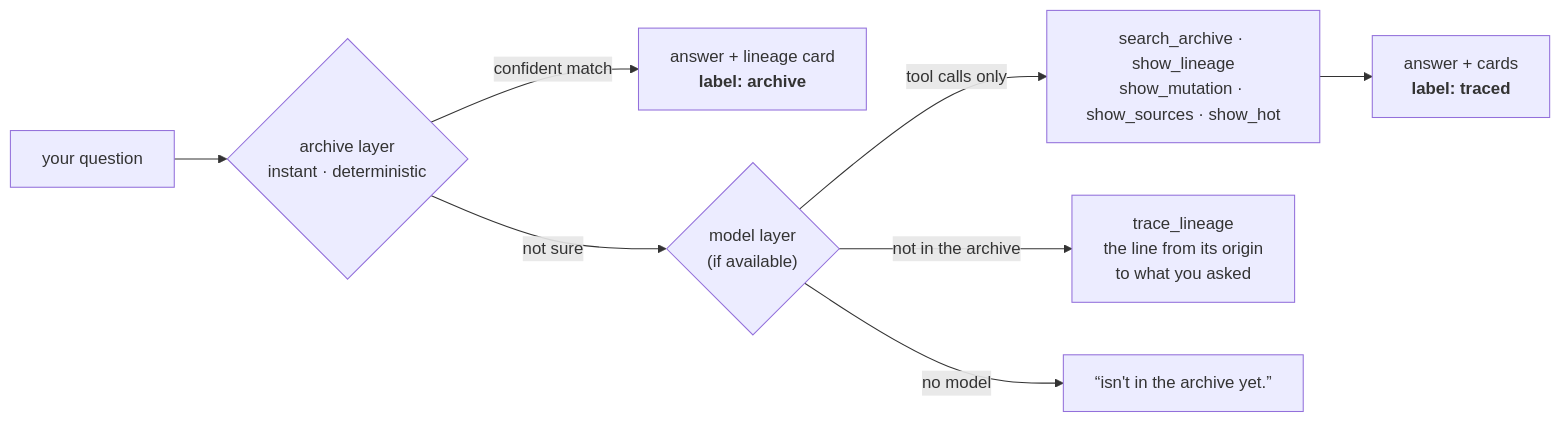
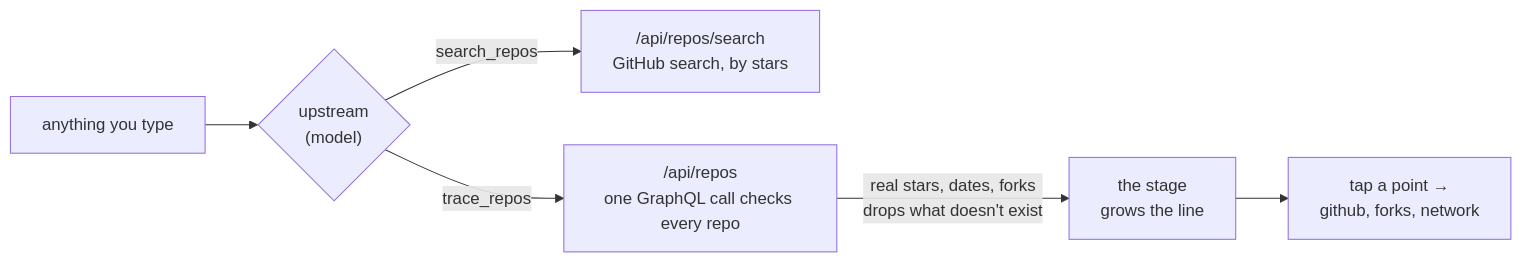
One commit to duongquocbao1999/fork changed the diagram in README.md. Above: the diagram before and after it, drawn with Mermaid. The commit also changed other lines of this file and 44 other files, not shown here.

Commit message:
forks 3.0: every point is a GitHub repository

````diff
--- a/README.md
+++ b/README.md
@@ -97,10 +50,8 @@
 ```mermaid
 flowchart LR
-  q["your question"] --> a{"archive layer<br/>instant · deterministic"}
-  a -- "confident match" --> ans["answer + lineage card<br/><b>label: archive</b>"]
-  a -- "not sure" --> m{"model layer<br/>(if available)"}
-  m -- "tool calls only" --> t["search_archive · show_lineage<br/>show_mutation · show_sources · show_hot"]
-  t --> ans2["answer + cards<br/><b>label: traced</b>"]
-  m -- "not in the archive" --> u["trace_lineage<br/>the line from its origin<br/>to what you asked"]
-  m -- "no model" --> nf["“isn't in the archive yet.”"]
+  you["anything you type"] --> m{"upstream<br/>(model)"}
+  m -- "search_repos" --> s["/api/repos/search<br/>GitHub search, by stars"]
+  m -- "trace_repos" --> v["/api/repos<br/>one GraphQL call checks every repo"]
+  v -- "real stars, dates, forks<br/>drops what doesn't exist" --> stage["the stage<br/>grows the line"]
+  stage --> card["tap a point →<br/>github, forks, network"]
 ```
````
